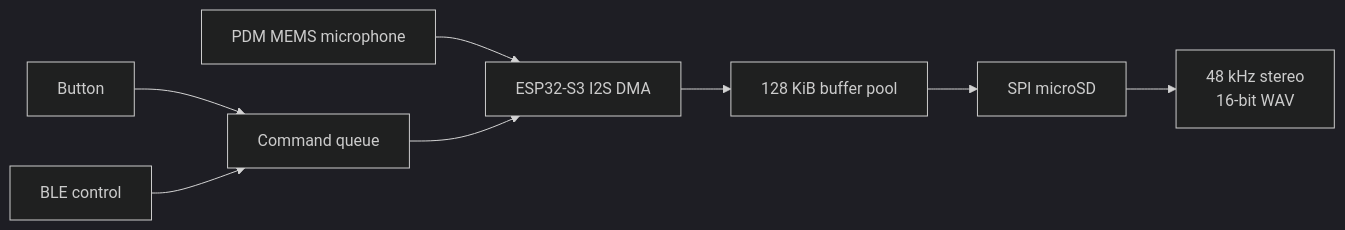
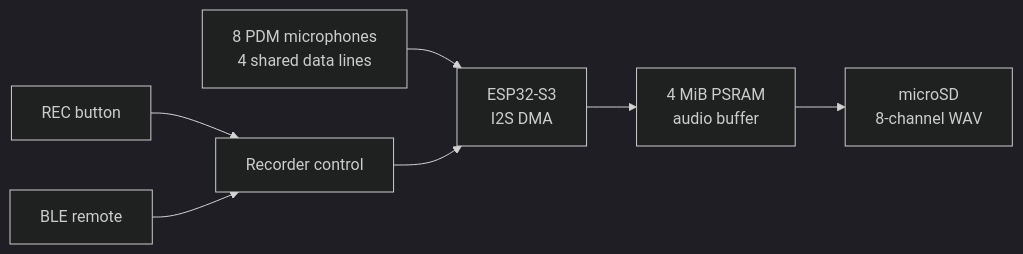
One commit to samam624/esp32-s3-pdm-audio-recorder changed the diagram in README.md. Above: the diagram before and after it, drawn with Mermaid (dark theme). The commit also changed other lines of this file and 42 other files, not shown here.

````diff
--- a/README.md
+++ b/README.md
@@ -27,10 +29,9 @@
 ```mermaid
 flowchart LR
-    M[PDM MEMS microphone] --> D[ESP32-S3 I2S DMA]
-    D --> B[128 KiB buffer pool]
-    B --> S[SPI microSD]
-    S --> W[48 kHz stereo<br>16-bit WAV]
-    P[Button] --> Q[Command queue]
-    L[BLE control] --> Q
-    Q --> D
+    M[8 PDM microphones<br/>4 shared data lines] --> I[ESP32-S3<br/>I2S DMA]
+    I --> B[4 MiB PSRAM<br/>audio buffer]
+    B --> S[microSD<br/>8-channel WAV]
+    P[REC button] --> C[Recorder control]
+    L[BLE remote] --> C
+    C --> I
 ```
````
